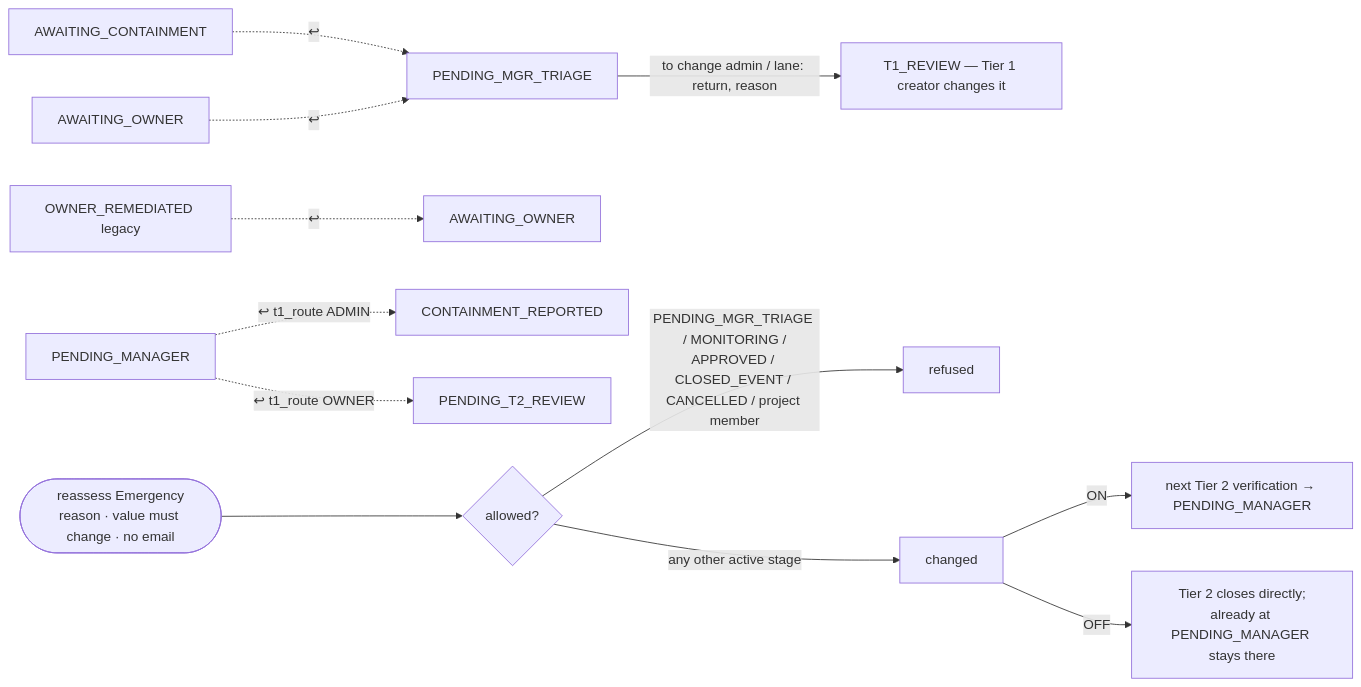
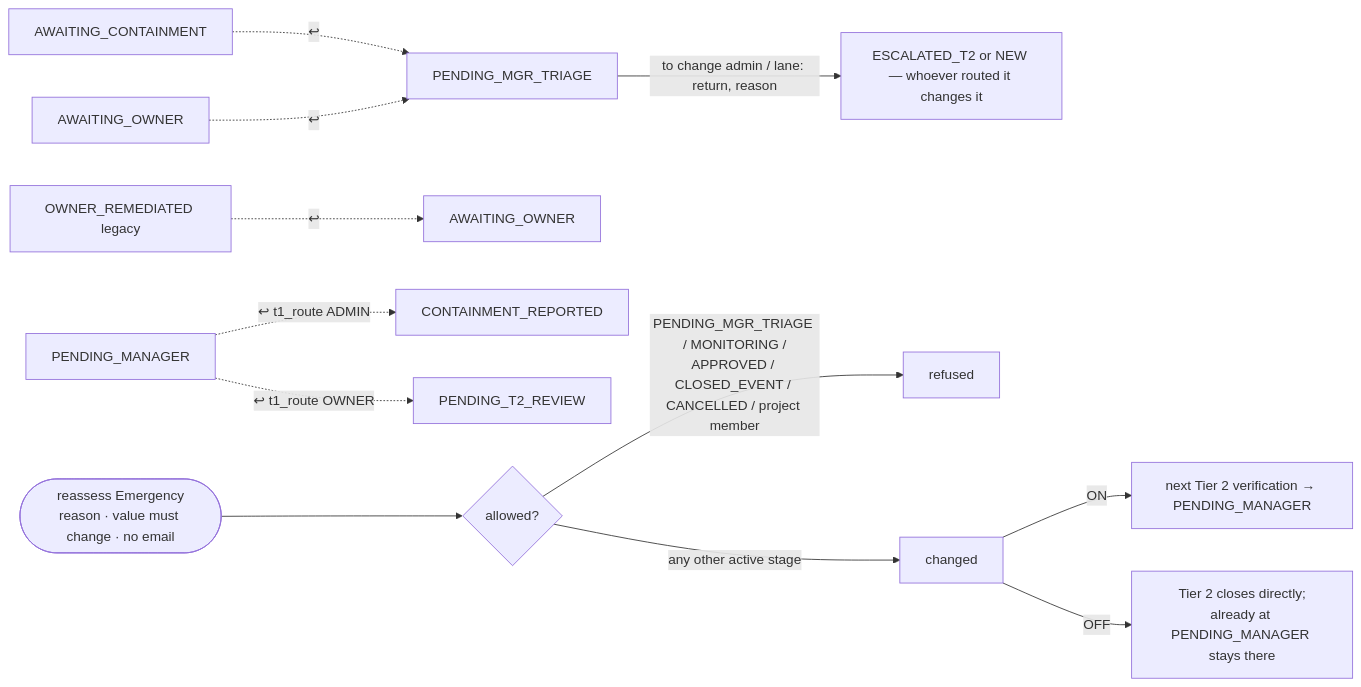
One commit to Getter939/SOC_Ticket changed diagram 11 of 11 in docs/architecture/soc-end-to-end-workflow.md. Above: the diagram before and after it, drawn with Mermaid. The commit also changed other lines of this file and 45 other files, not shown here.

````diff
--- a/docs/architecture/soc-end-to-end-workflow.md
+++ b/docs/architecture/soc-end-to-end-workflow.md
@@ -292,14 +296,14 @@
 ```mermaid
 flowchart LR
     AC[AWAITING_CONTAINMENT] -.->|↩| MT[PENDING_MGR_TRIAGE]
     AO[AWAITING_OWNER] -.->|↩| MT
-    MT -->|to change admin / lane: return, reason| T1R[T1_REVIEW — Tier 1 creator changes it]
+    MT -->|to change admin / lane: return, reason| RET[ESCALATED_T2 or NEW — whoever routed it changes it]
     OR[OWNER_REMEDIATED legacy] -.->|↩| AO2[AWAITING_OWNER]
     PM[PENDING_MANAGER] -.->|↩ t1_route ADMIN| CR[CONTAINMENT_REPORTED]
     PM -.->|↩ t1_route OWNER| PR[PENDING_T2_REVIEW]
     RA([reassess Emergency<br/>reason · value must change · no email]) --> AL{allowed?}
     AL -->|PENDING_MGR_TRIAGE / MONITORING /<br/>APPROVED / CLOSED_EVENT / CANCELLED / project member| NO[refused]
     AL -->|any other active stage| YES[changed]
     YES -->|ON| ON[next Tier 2 verification → PENDING_MANAGER]
     YES -->|OFF| OFF[Tier 2 closes directly;<br/>already at PENDING_MANAGER stays there]
 ```
````
